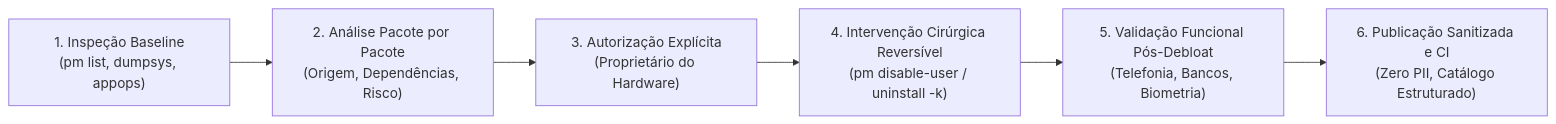
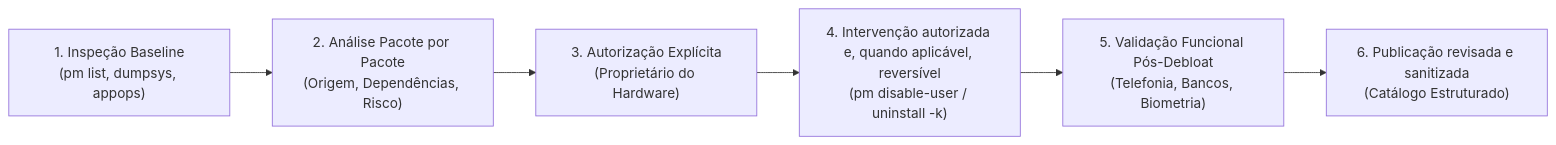
The diagram in docs/APRESENTACAO_METODO_E_RESULTADOS.md (luisfvmartins/clean-my-android), drawn with Mermaid before and after one commit. The commit also changed other lines of this file, not shown here.

````diff
--- a/docs/APRESENTACAO_METODO_E_RESULTADOS.md
+++ b/docs/APRESENTACAO_METODO_E_RESULTADOS.md
@@ -11,8 +11,8 @@
 ```mermaid
 flowchart LR
     A["1. Inspeção Baseline<br>(pm list, dumpsys, appops)"] --> B["2. Análise Pacote por Pacote<br>(Origem, Dependências, Risco)"]
     B --> C["3. Autorização Explícita<br>(Proprietário do Hardware)"]
-    C --> D["4. Intervenção Cirúrgica Reversível<br>(pm disable-user / uninstall -k)"]
+    C --> D["4. Intervenção autorizada e, quando aplicável, reversível<br>(pm disable-user / uninstall -k)"]
     D --> E["5. Validação Funcional Pós-Debloat<br>(Telefonia, Bancos, Biometria)"]
-    E --> F["6. Publicação Sanitizada e CI<br>(Zero PII, Catálogo Estruturado)"]
+    E --> F["6. Publicação revisada e sanitizada<br>(Catálogo Estruturado)"]
 ```
````
